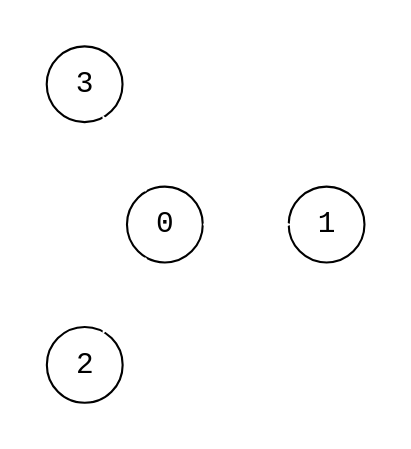
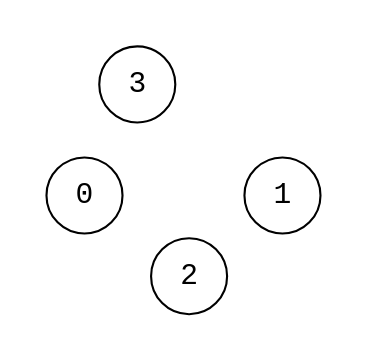
The diagram in src/empty_4.dot (bsdrks/graaf-images), drawn with Graphviz before and after one commit. The commit also changed 5 other files, not shown here.

```diff
--- a/src/empty_4.dot
+++ b/src/empty_4.dot
@@ -1,9 +1,14 @@
 digraph {
     node [shape=circle, fontname="monospace"; fixedsize=true, width="0.5"];
     edge [arrowsize=0.6];
     normalize=true;
     layout=neato;
+    mode="sgd";
+    normalize=true;
     pad=0.2;
 
-    0 -> {1; 2; 3} [color="white"];
+    0 -> 1 [style=invis];
+    1 -> 2 [style=invis];
+    2 -> 3 [style=invis];
+    3 -> 0 [style=invis];
 }
```
